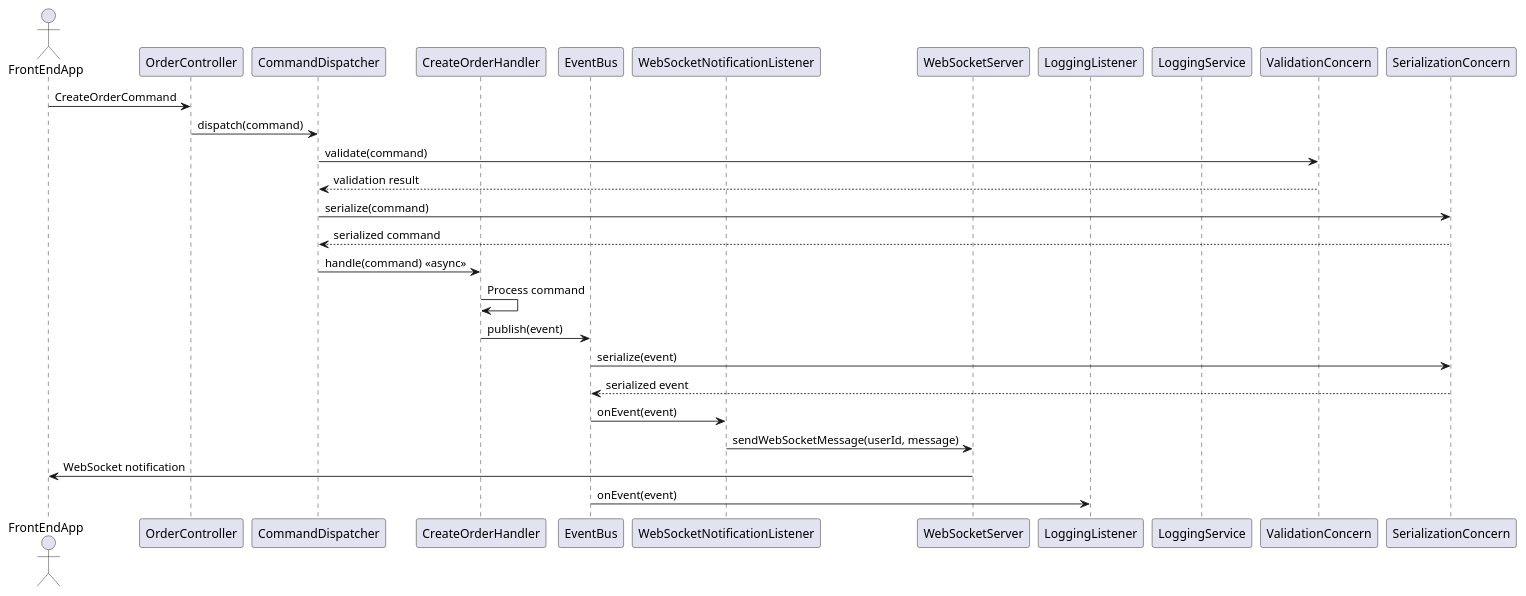
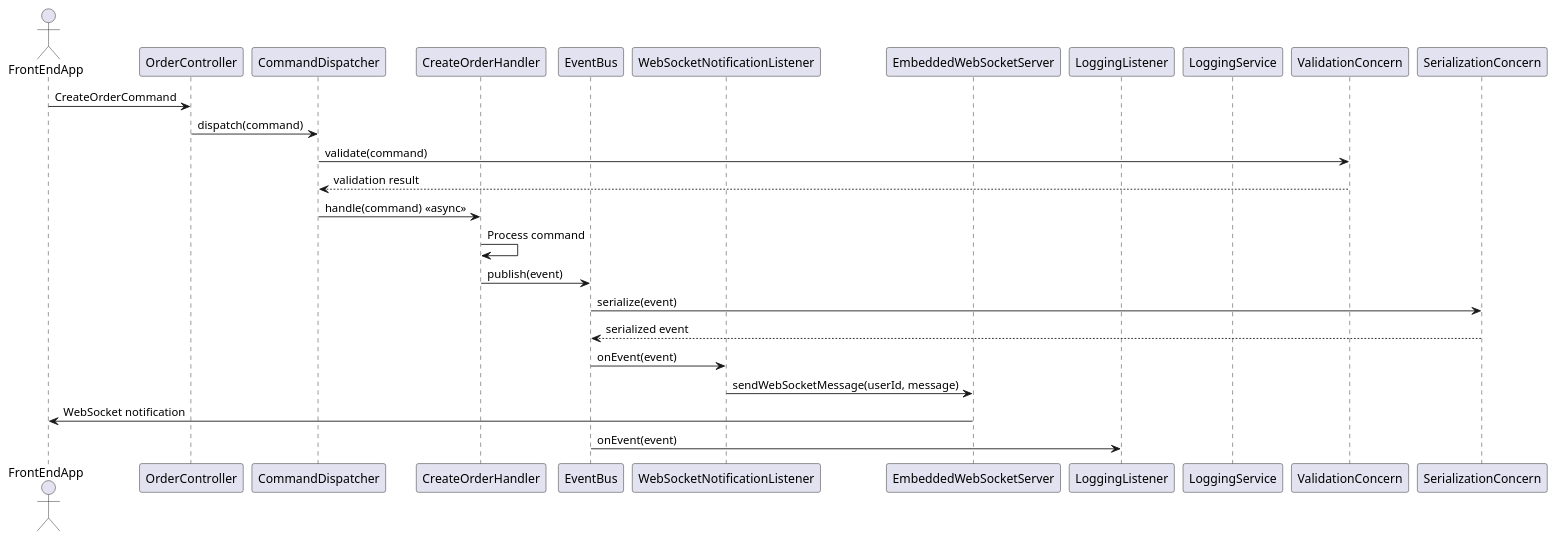
One commit to staruser143/Technology-Talks changed the diagram in diagram/sequencediagram.md. Above: the diagram before and after it, drawn with PlantUML.

```diff
--- a/diagram/sequencediagram.md
+++ b/diagram/sequencediagram.md
@@ -1,30 +1,28 @@
 @startuml
 actor FrontEndApp
 participant OrderController
 participant CommandDispatcher
 participant CreateOrderHandler
 participant EventBus
 participant SerializationConcern
 participant WebSocketNotificationListener
-participant WebSocketServer
+participant EmbeddedWebSocketServer
 participant LoggingListener
 participant LoggingService
 participant ValidationConcern
 participant SerializationConcern
 
 FrontEndApp -> OrderController: CreateOrderCommand
 OrderController -> CommandDispatcher: dispatch(command)
 CommandDispatcher -> ValidationConcern: validate(command)
 ValidationConcern --> CommandDispatcher: validation result
-CommandDispatcher -> SerializationConcern: serialize(command)
-SerializationConcern --> CommandDispatcher: serialized command
 CommandDispatcher -> CreateOrderHandler: handle(command) <<async>>
 CreateOrderHandler -> CreateOrderHandler: Process command
 CreateOrderHandler -> EventBus: publish(event)
 EventBus -> SerializationConcern: serialize(event)
 SerializationConcern --> EventBus: serialized event
 EventBus -> WebSocketNotificationListener: onEvent(event)
-WebSocketNotificationListener -> WebSocketServer: sendWebSocketMessage(userId, message)
-WebSocketServer -> FrontEndApp: WebSocket notification
+WebSocketNotificationListener -> EmbeddedWebSocketServer: sendWebSocketMessage(userId, message)
+EmbeddedWebSocketServer -> FrontEndApp: WebSocket notification
 EventBus -> LoggingListener: onEvent(event)
 @enduml
```
